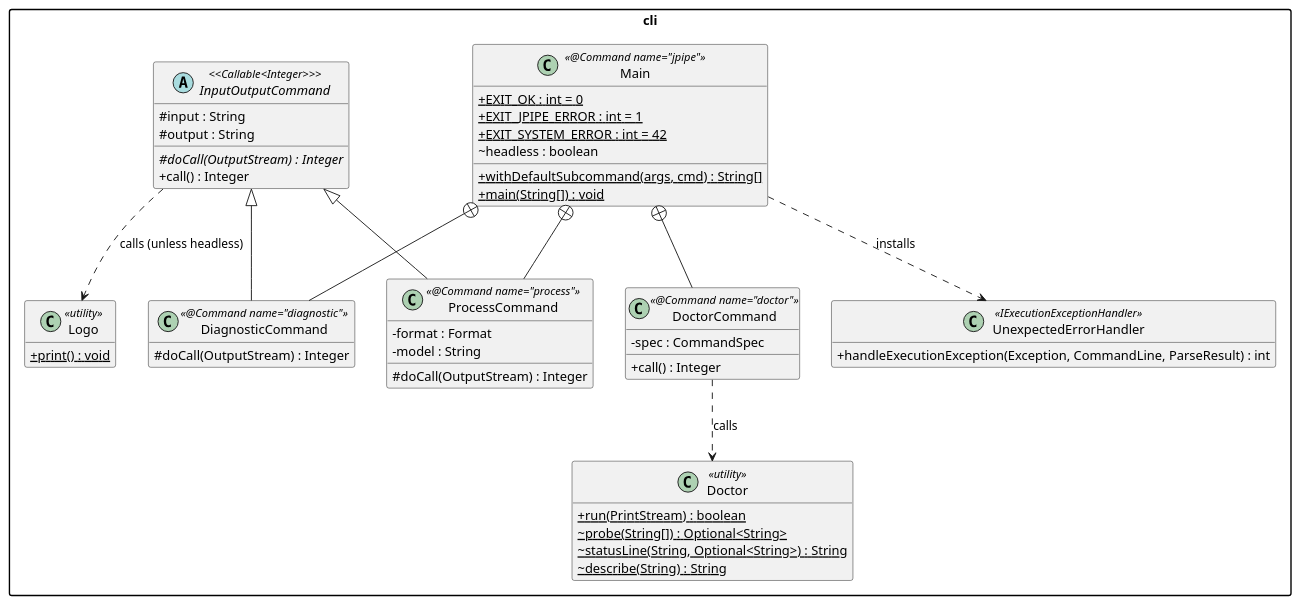
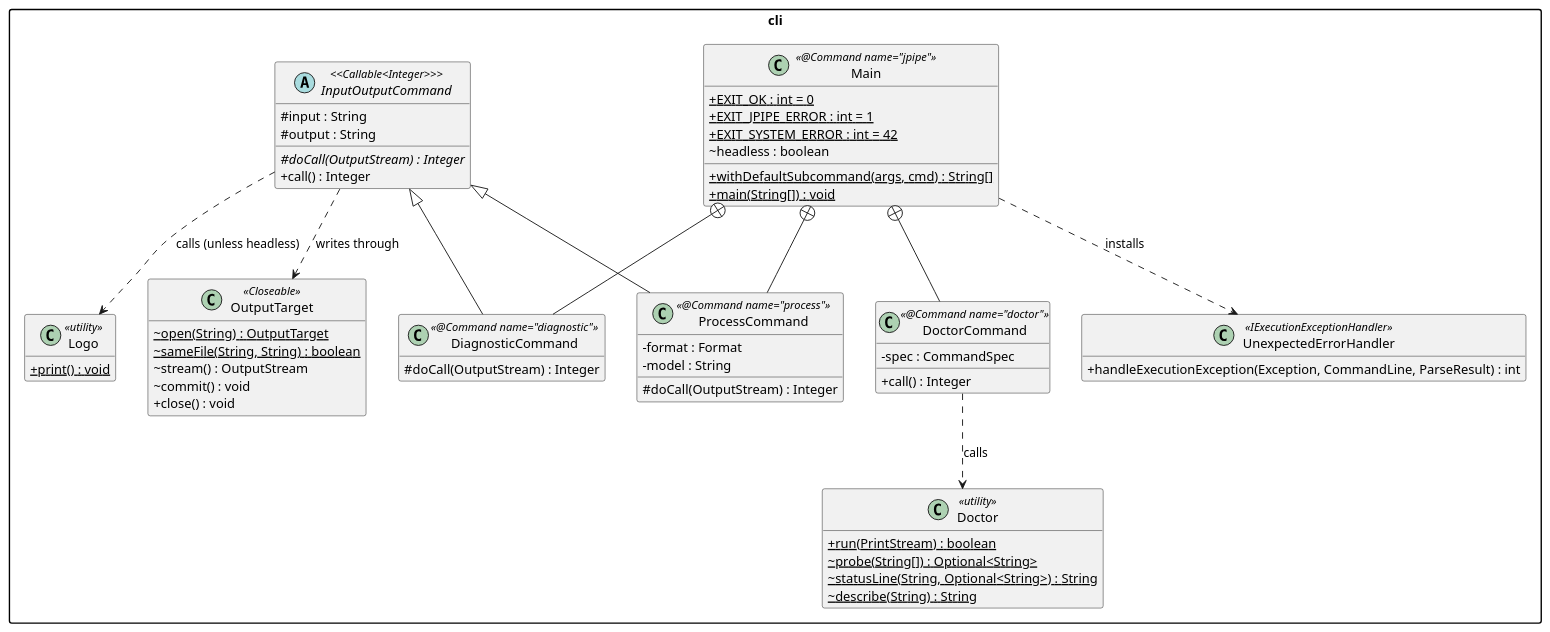
The diagram in docs/design/cli.md (jpipe-mcscert/jpipe-compiler), drawn with PlantUML before and after one commit. The commit also changed other lines of this file and 8 other files, not shown here.

````diff
--- a/docs/design/cli.md
+++ b/docs/design/cli.md
@@ -8,69 +8,78 @@
 ```plantuml
 @startuml cli
 
 skinparam packageStyle rectangle
 skinparam classAttributeIconSize 0
 hide empty members
 
 package "cli" {
 
   class Main <<@Command name="jpipe">> {
     + {static} EXIT_OK : int = 0
     + {static} EXIT_JPIPE_ERROR : int = 1
     + {static} EXIT_SYSTEM_ERROR : int = 42
     ~ headless : boolean
     + {static} withDefaultSubcommand(args, cmd) : String[]
     + {static} main(String[]) : void
   }
 
   abstract class InputOutputCommand <<Callable<Integer>>> {
     # input : String
     # output : String
     # {abstract} doCall(OutputStream) : Integer
     + call() : Integer
+  }
+
+  class OutputTarget <<Closeable>> {
+    ~ {static} open(String) : OutputTarget
+    ~ {static} sameFile(String, String) : boolean
+    ~ stream() : OutputStream
+    ~ commit() : void
+    + close() : void
   }
 
   class ProcessCommand <<@Command name="process">> {
     - format : Format
     - model : String
     # doCall(OutputStream) : Integer
   }
 
   class DiagnosticCommand <<@Command name="diagnostic">> {
     # doCall(OutputStream) : Integer
   }
 
   class DoctorCommand <<@Command name="doctor">> {
     - spec : CommandSpec
     + call() : Integer
   }
 
   class Doctor <<utility>> {
     + {static} run(PrintStream) : boolean
     ~ {static} probe(String[]) : Optional<String>
     ~ {static} statusLine(String, Optional<String>) : String
     ~ {static} describe(String) : String
   }
 
   class Logo <<utility>> {
     + {static} print() : void
   }
 
   InputOutputCommand <|-- ProcessCommand
   InputOutputCommand <|-- DiagnosticCommand
 
   Main +-- ProcessCommand
   Main +-- DiagnosticCommand
   Main +-- DoctorCommand
 
   DoctorCommand ..> Doctor : calls
   class UnexpectedErrorHandler <<IExecutionExceptionHandler>> {
     + handleExecutionException(Exception, CommandLine, ParseResult) : int
   }
 
   InputOutputCommand ..> Logo : calls (unless headless)
+  InputOutputCommand ..> OutputTarget : writes through
   Main ..> UnexpectedErrorHandler : installs
 }
 
 @enduml
 ```
````
